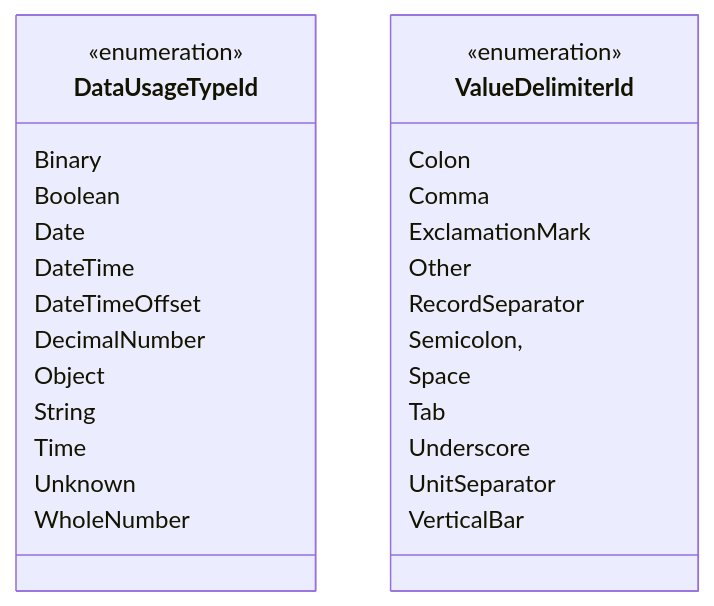
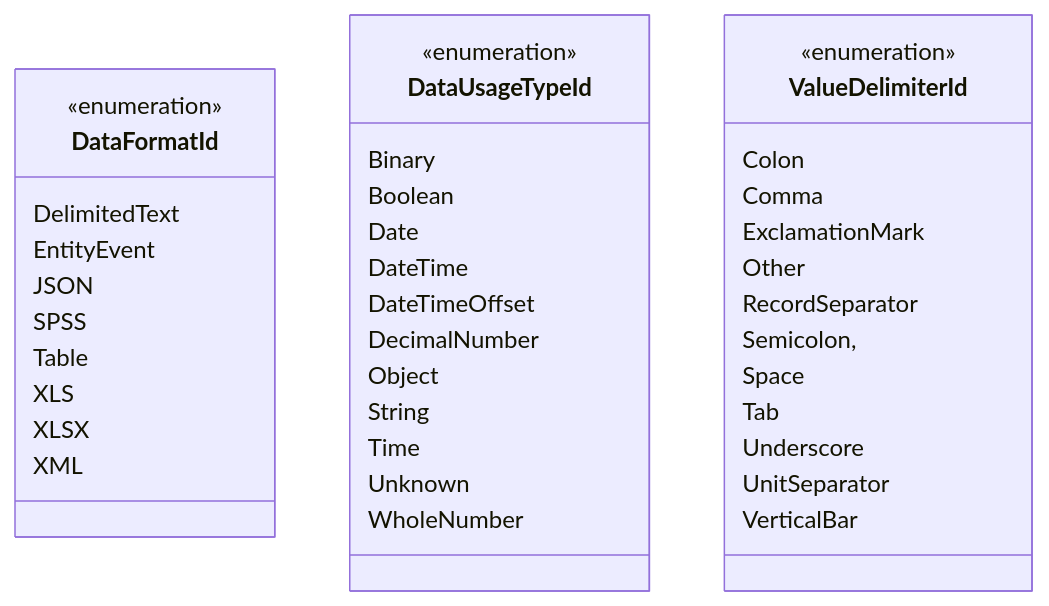
Before and after one commit to data-positioning/datapos-shared: the sixth of 6 diagrams in README.md, drawn with Mermaid. The commit also changed 1 other file, not shown here.

Commit message:
Release v0.0.37

````diff
--- a/README.md
+++ b/README.md
@@ -251,34 +239,46 @@
 ```mermaid
 classDiagram
     direction TB
+
+    class DataFormatId {
+        <<enumeration>>
+        DelimitedText
+        EntityEvent
+        JSON
+        SPSS
+        Table
+        XLS
+        XLSX
+        XML
+    }
 
     class DataUsageTypeId {
         <<enumeration>>
         Binary
         Boolean
         Date
         DateTime
         DateTimeOffset
         DecimalNumber
         Object
         String
         Time
         Unknown
         WholeNumber
     }
 
     class ValueDelimiterId {
         <<enumeration>>
         Colon
         Comma
         ExclamationMark
         Other
         RecordSeparator
         Semicolon,
         Space
         Tab
         Underscore
         UnitSeparator
         VerticalBar
     }
 ```
````
